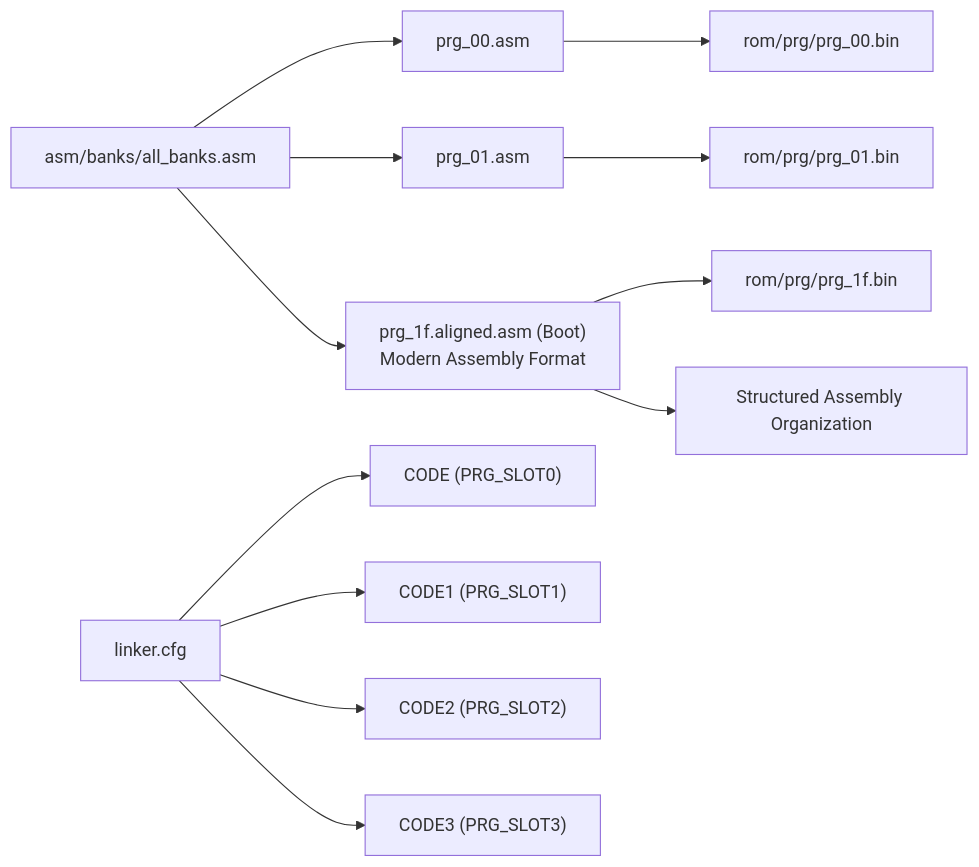
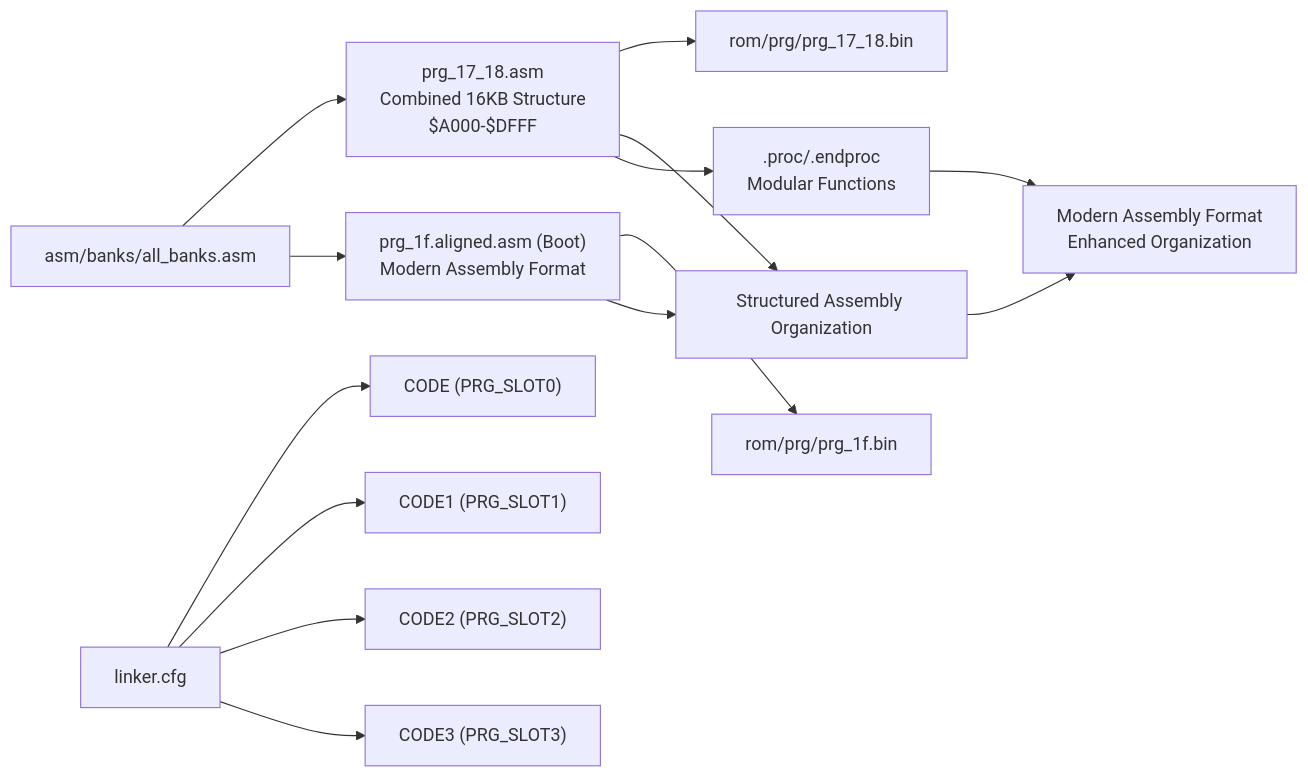
One commit to rabbyzero/sango2dasm changed the ninth of 10 diagrams in .qoder/repowiki/en/content/Assembly Architecture/Assembly Architecture.md. Above: the diagram before and after it, drawn with Mermaid. The commit also changed other lines of this file and 20 other files, not shown here.

````diff
--- a/.qoder/repowiki/en/content/Assembly Architecture/Assembly Architecture.md
+++ b/.qoder/repowiki/en/content/Assembly Architecture/Assembly Architecture.md
@@ -316,14 +407,16 @@
 ```mermaid
 graph LR
-ALLB["asm/banks/all_banks.asm"] --> B00["prg_00.asm"]
-ALLB --> B01["prg_01.asm"]
+ALLB["asm/banks/all_banks.asm"] --> COMBINED["prg_17_18.asm<br/>Combined 16KB Structure<br/>$A000-$DFFF"]
 ALLB --> ALIGNED["prg_1f.aligned.asm (Boot)<br/>Modern Assembly Format"]
 LCFG["linker.cfg"] --> SEG0["CODE (PRG_SLOT0)"]
 LCFG --> SEG1["CODE1 (PRG_SLOT1)"]
 LCFG --> SEG2["CODE2 (PRG_SLOT2)"]
 LCFG --> SEG3["CODE3 (PRG_SLOT3)"]
-B00 --> BIN0["rom/prg/prg_00.bin"]
-B01 --> BIN1["rom/prg/prg_01.bin"]
+COMBINED --> BIN17_18["rom/prg/prg_17_18.bin"]
 ALIGNED --> BIN1F["rom/prg/prg_1f.bin"]
-ALIGNED --> STRUCT["Structured Assembly Organization"]
+COMBINED --> STRUCT["Structured Assembly Organization"]
+COMBINED --> PROC[".proc/.endproc<br/>Modular Functions"]
+ALIGNED --> STRUCT
+STRUCT --> MODERN["Modern Assembly Format<br/>Enhanced Organization"]
+PROC --> MODERN
 ```
````
